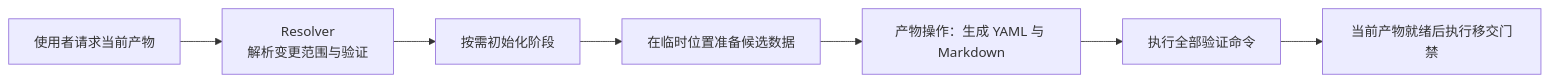
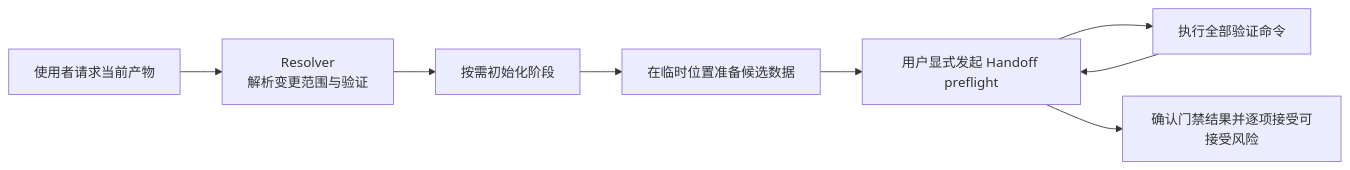
The third of 3 diagrams in templates/workspace/README.md (bigsmartben/pre-sdd), drawn with Mermaid before and after one commit. The commit also changed other lines of this file and 50 other files, not shown here.

````diff
--- a/templates/workspace/README.md
+++ b/templates/workspace/README.md
@@ -185,9 +185,10 @@
 ```mermaid
 flowchart LR
     R["使用者请求当前产物"] --> S["Resolver<br/>解析变更范围与验证"]
     S --> I["按需初始化阶段"]
     I --> E["在临时位置准备候选数据"]
     E --> P["产物操作：生成 YAML 与 Markdown"]
     P --> V["执行全部验证命令"]
-    V --> H["当前产物就绪后执行移交门禁"]
+    V --> P["用户显式发起 Handoff preflight"]
+    P --> H["确认门禁结果并逐项接受可接受风险"]
 ```
````
